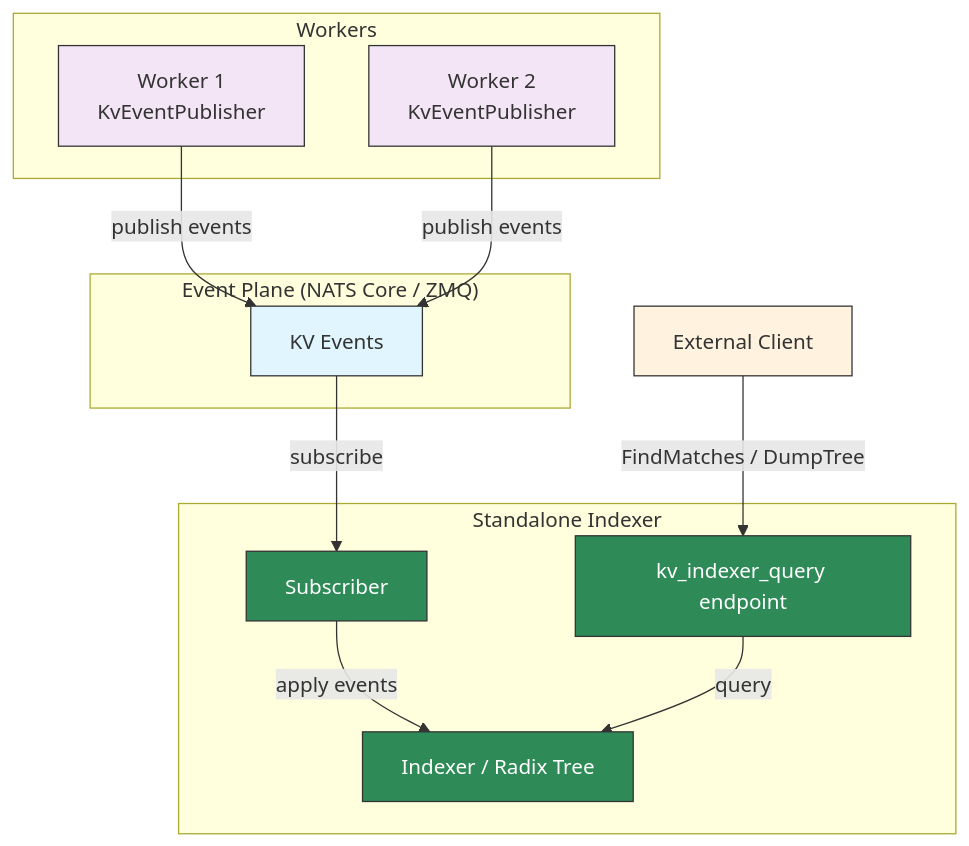
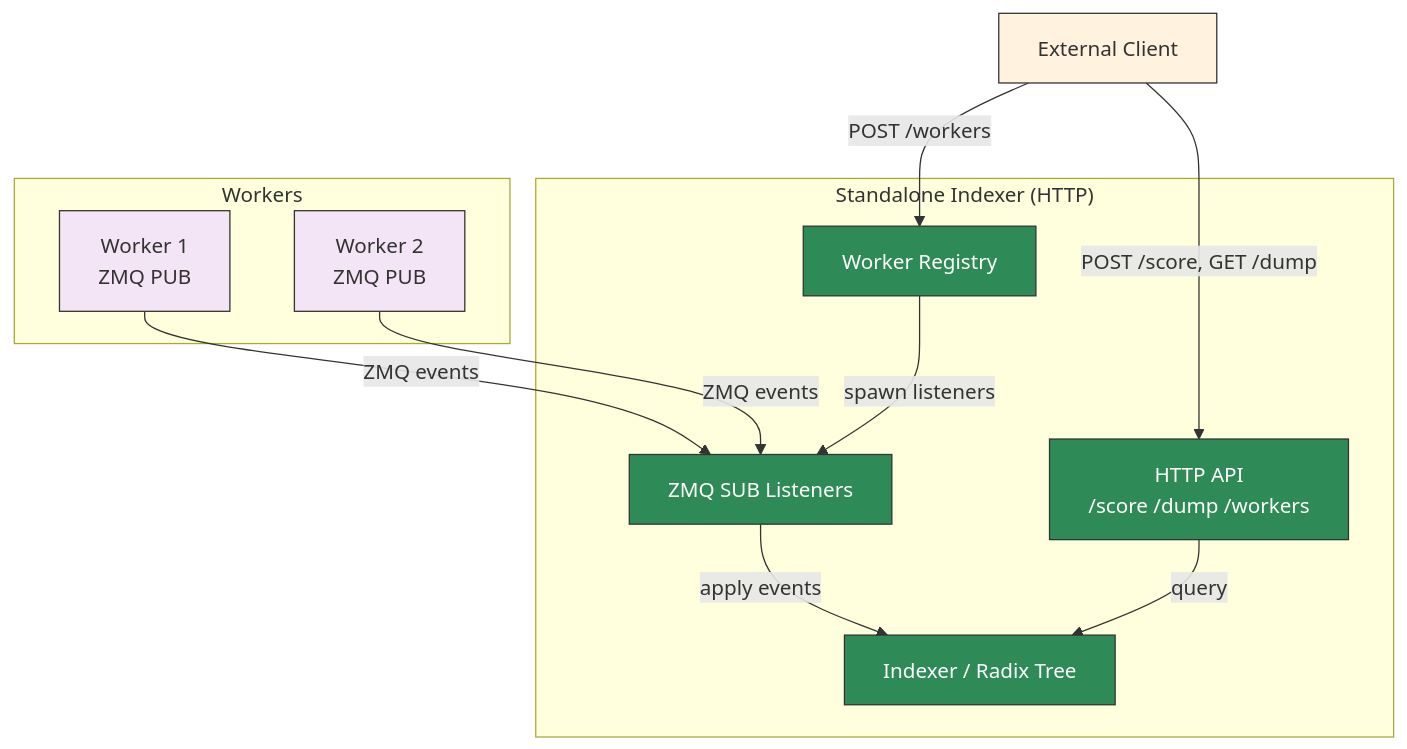
Before and after one commit to ai-dynamo/dynamo: the diagram in docs/pages/components/router/standalone-indexer.md, drawn with Mermaid. The commit also changed other lines of this file, not shown here.

Commit message:
update standalone indexer docs for HTTP binary API

````diff
--- a/docs/pages/components/router/standalone-indexer.md
+++ b/docs/pages/components/router/standalone-indexer.md
@@ -83,34 +121,32 @@
 ```mermaid
 graph TD
     subgraph Workers
-        W1[Worker 1<br/>KvEventPublisher]
-        W2[Worker 2<br/>KvEventPublisher]
+        W1[Worker 1<br/>ZMQ PUB]
+        W2[Worker 2<br/>ZMQ PUB]
     end
 
-    subgraph "Event Plane (NATS Core / ZMQ)"
-        EP[KV Events]
-    end
-
-    subgraph "Standalone Indexer"
-        SUB[Subscriber]
+    subgraph "Standalone Indexer (HTTP)"
+        REG[Worker Registry]
+        ZMQ[ZMQ SUB Listeners]
         IDX[Indexer / Radix Tree]
-        QE[kv_indexer_query endpoint]
+        HTTP[HTTP API<br/>/score /dump /workers]
     end
 
     CLIENT[External Client]
 
-    W1 -->|publish events| EP
-    W2 -->|publish events| EP
-    EP -->|subscribe| SUB
-    SUB -->|apply events| IDX
-    CLIENT -->|FindMatches / DumpTree| QE
-    QE -->|query| IDX
+    W1 -->|ZMQ events| ZMQ
+    W2 -->|ZMQ events| ZMQ
+    CLIENT -->|POST /workers| REG
+    REG -->|spawn listeners| ZMQ
+    ZMQ -->|apply events| IDX
+    CLIENT -->|POST /score, GET /dump| HTTP
+    HTTP -->|query| IDX
 
-    style EP fill:#e1f5fe,stroke:#333,color:#333
     style W1 fill:#f3e5f5,stroke:#333,color:#333
     style W2 fill:#f3e5f5,stroke:#333,color:#333
     style IDX fill:#2e8b57,stroke:#333,color:#fff
-    style SUB fill:#2e8b57,stroke:#333,color:#fff
-    style QE fill:#2e8b57,stroke:#333,color:#fff
+    style ZMQ fill:#2e8b57,stroke:#333,color:#fff
+    style REG fill:#2e8b57,stroke:#333,color:#fff
+    style HTTP fill:#2e8b57,stroke:#333,color:#fff
     style CLIENT fill:#fff3e0,stroke:#333,color:#333
 ```
````
